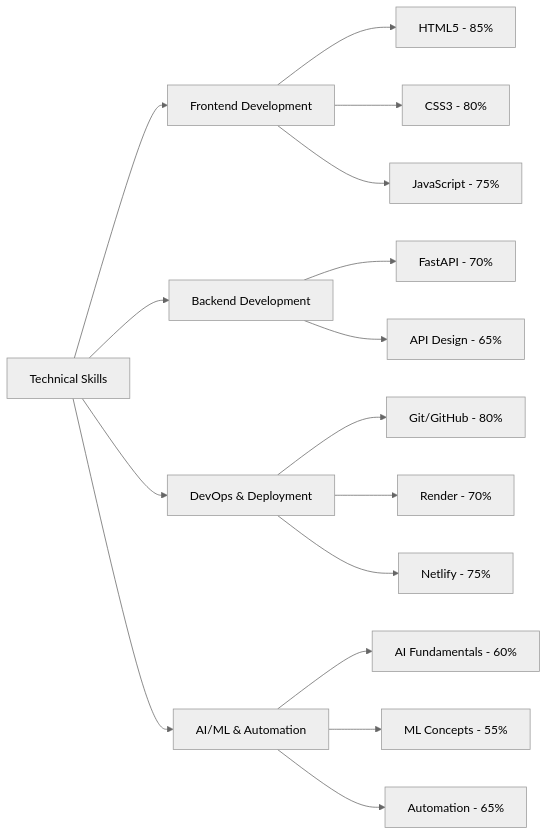
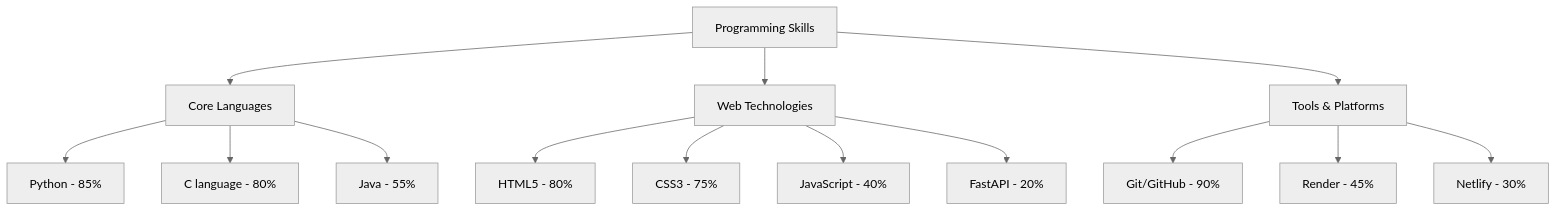
One commit to aditya25shah/aditya25shah changed the first of 3 diagrams in README.md. Above: the diagram before and after it, drawn with Mermaid (neutral theme). The commit also changed other lines of this file, not shown here.

````diff
--- a/README.md
+++ b/README.md
@@ -10,22 +10,19 @@
 ```mermaid
-graph LR
-    A[Technical Skills] --> B[Frontend Development]
-    A --> C[Backend Development]
-    A --> D[DevOps & Deployment]
-    A --> E[AI/ML & Automation]
+graph TD
+    A[Programming Skills] --> B[Core Languages]
+    A --> C[Web Technologies]
+    A --> D[Tools & Platforms]
     
-    B --> B1[HTML5 - 85%]
-    B --> B2[CSS3 - 80%]
-    B --> B3[JavaScript - 75%]
+    B --> B1[Python - 85%]
+    B --> B2[C language - 80%]
+    B --> B3[Java - 55%]
     
-    C --> C1[FastAPI - 70%]
-    C --> C2[API Design - 65%]
+    C --> C1[HTML5 - 80%]
+    C --> C2[CSS3 - 75%]
+    C --> C3[JavaScript - 40%]
+    C --> C4[FastAPI - 20%]
     
-    D --> D1[Git/GitHub - 80%]
-    D --> D2[Render - 70%]
-    D --> D3[Netlify - 75%]
-    
-    E --> E1[AI Fundamentals - 60%]
-    E --> E2[ML Concepts - 55%]
-    E --> E3[Automation - 65%]
+    D --> D1[Git/GitHub - 90%]
+    D --> D2[Render - 45%]
+    D --> D3[Netlify - 30%]
 ```
````
